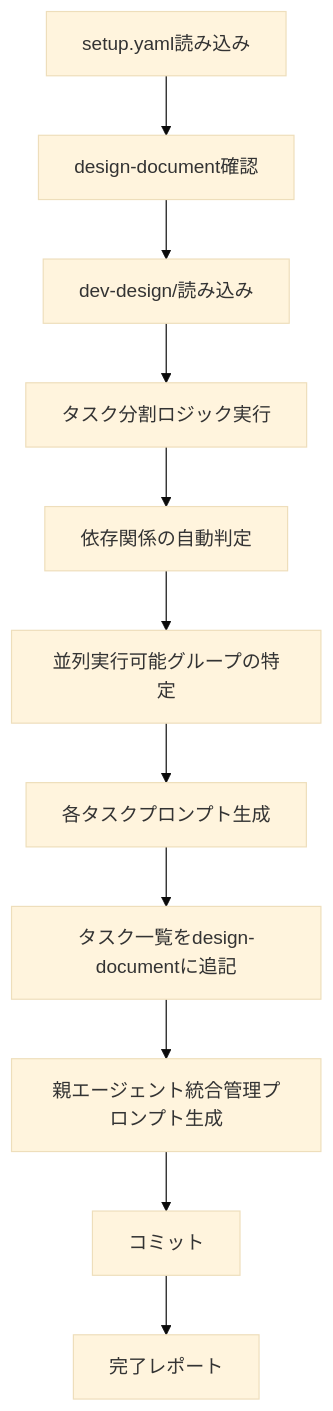
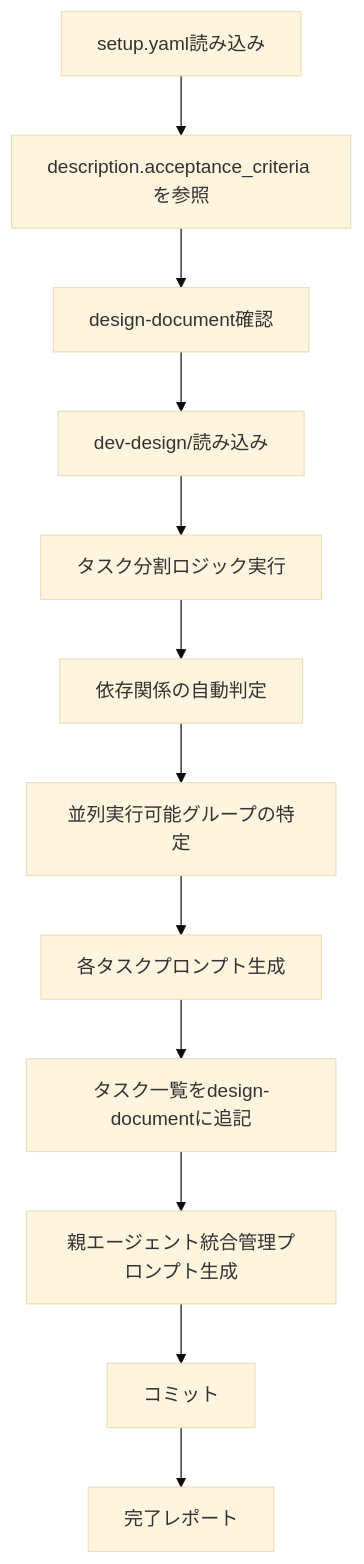
One commit to NagasakaH/dev-process changed the diagram in .claude/skills/development/dev-plan/SKILL.md. Above: the diagram before and after it, drawn with Mermaid (base theme). The commit also changed other lines of this file and 8 other files, not shown here.

````diff
--- a/.claude/skills/development/dev-plan/SKILL.md
+++ b/.claude/skills/development/dev-plan/SKILL.md
@@ -73,13 +94,14 @@
 ```mermaid
 flowchart TD
-    A[setup.yaml読み込み] --> B[design-document確認]
-    B --> C[dev-design/読み込み]
-    C --> D[タスク分割ロジック実行]
-    D --> E[依存関係の自動判定]
-    E --> F[並列実行可能グループの特定]
-    F --> G[各タスクプロンプト生成]
-    G --> H[タスク一覧をdesign-documentに追記]
-    H --> I[親エージェント統合管理プロンプト生成]
-    I --> J[コミット]
-    J --> K[完了レポート]
+    A[setup.yaml読み込み] --> B[description.acceptance_criteria を参照]
+    B --> C[design-document確認]
+    C --> D[dev-design/読み込み]
+    D --> E[タスク分割ロジック実行]
+    E --> F[依存関係の自動判定]
+    F --> G[並列実行可能グループの特定]
+    G --> H[各タスクプロンプト生成]
+    H --> I[タスク一覧をdesign-documentに追記]
+    I --> J[親エージェント統合管理プロンプト生成]
+    J --> K[コミット]
+    K --> L[完了レポート]
 ```
````
